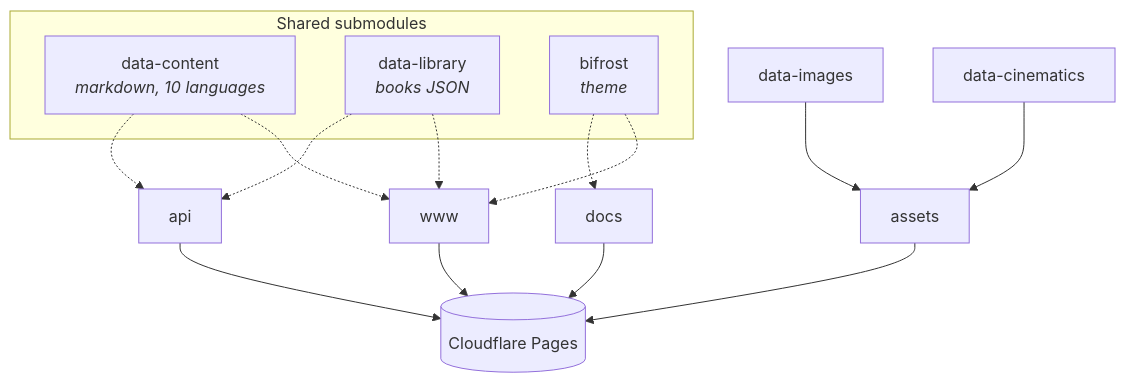
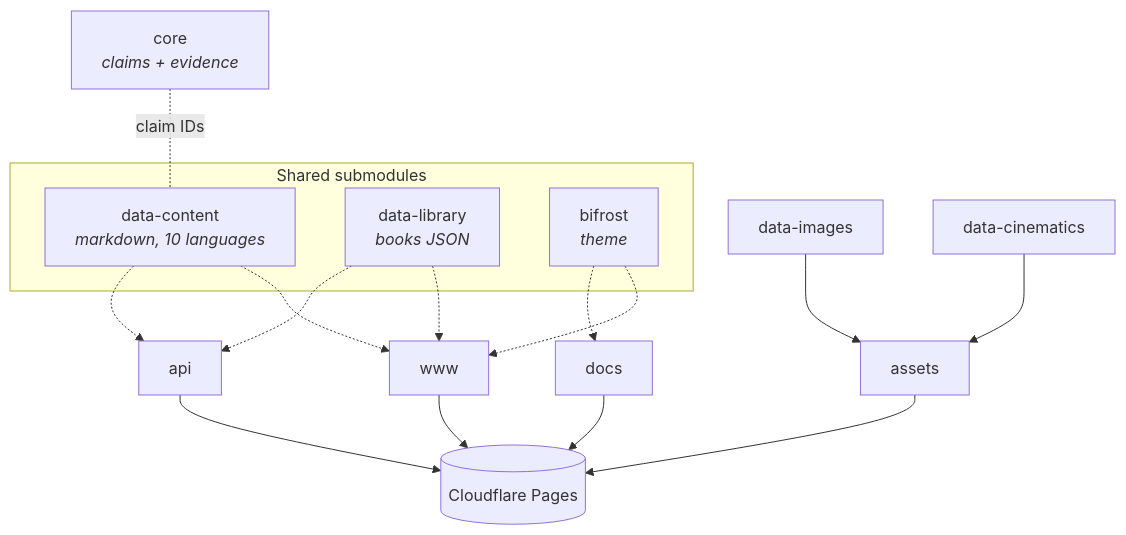
The diagram in content/getting-started/project-map.md (wheelofheaven/docs.wheelofheaven.world), drawn with Mermaid before and after one commit. The commit also changed other lines of this file and 1 other file, not shown here.

First line of the commit message:
docs: add core (research corpus) to the repository maps

````diff
--- a/content/getting-started/project-map.md
+++ b/content/getting-started/project-map.md
@@ -67,31 +80,34 @@
 ```mermaid
 flowchart TB
     subgraph submodules["Shared submodules"]
         dc["data-content<br/><i>markdown, 10 languages</i>"]
         dl["data-library<br/><i>books JSON</i>"]
         bf["bifrost<br/><i>theme</i>"]
     end
 
     www["www"]
     api["api"]
     docs["docs"]
 
+    core["core<br/><i>claims + evidence</i>"]
+
     dc -.-> www
     dl -.-> www
     bf -.-> www
     dc -.-> api
     dl -.-> api
     bf -.-> docs
+    core -. "claim IDs" .- dc
 
     di["data-images"]
     dcin["data-cinematics"]
     assets["assets"]
     di --> assets
     dcin --> assets
 
     cf[("Cloudflare Pages")]
     www    --> cf
     api    --> cf
     docs   --> cf
     assets --> cf
 ```
````
